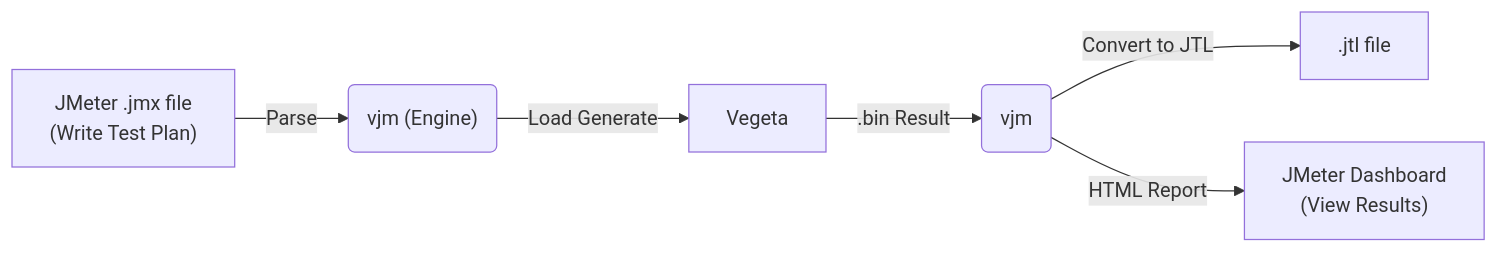
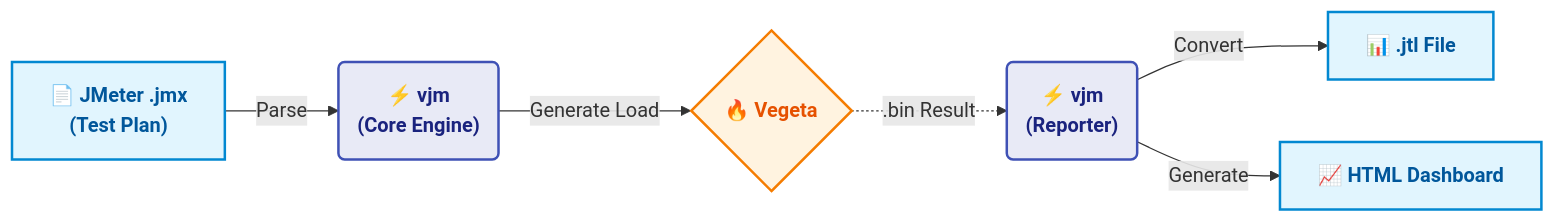
One commit to xvlet/vjm changed the diagram in README.md. Above: the diagram before and after it, drawn with Mermaid. The commit also changed 6 other files, not shown here.

First line of the commit message:
feat(engine): implement Result Status Action Handler

````diff
--- a/README.md
+++ b/README.md
@@ -29,8 +29,14 @@
 ```mermaid
 flowchart LR
-    A["JMeter .jmx file<br/>(Write Test Plan)"] -->|Parse| B("vjm (Engine)")
-    B -->|Load Generate| C["Vegeta"]
-    C -->|.bin Result| D("vjm")
-    D -->|Convert to JTL| E[".jtl file"]
-    D -->|HTML Report| F["JMeter Dashboard<br/>(View Results)"]
+    %% Styles
+    classDef default fill:#f9f9f9,stroke:#333,stroke-width:1px,color:#333
+    classDef highlight fill:#e1f5fe,stroke:#0288d1,stroke-width:2px,color:#01579b,font-weight:bold
+    classDef engine fill:#fff3e0,stroke:#f57c00,stroke-width:2px,color:#e65100,font-weight:bold
+    classDef vjm fill:#e8eaf6,stroke:#3f51b5,stroke-width:2px,color:#1a237e,font-weight:bold
+
+    A["📄 JMeter .jmx<br/>(Test Plan)"]:::highlight -->|Parse| B("⚡ vjm<br/>(Core Engine)"):::vjm
+    B -->|Generate Load| C{"🔥 Vegeta"}:::engine
+    C -.->|.bin Result| D("⚡ vjm<br/>(Reporter)"):::vjm
+    D -->|Convert| E["📊 .jtl File"]:::highlight
+    D -->|Generate| F["📈 HTML Dashboard"]:::highlight
 ```
````
